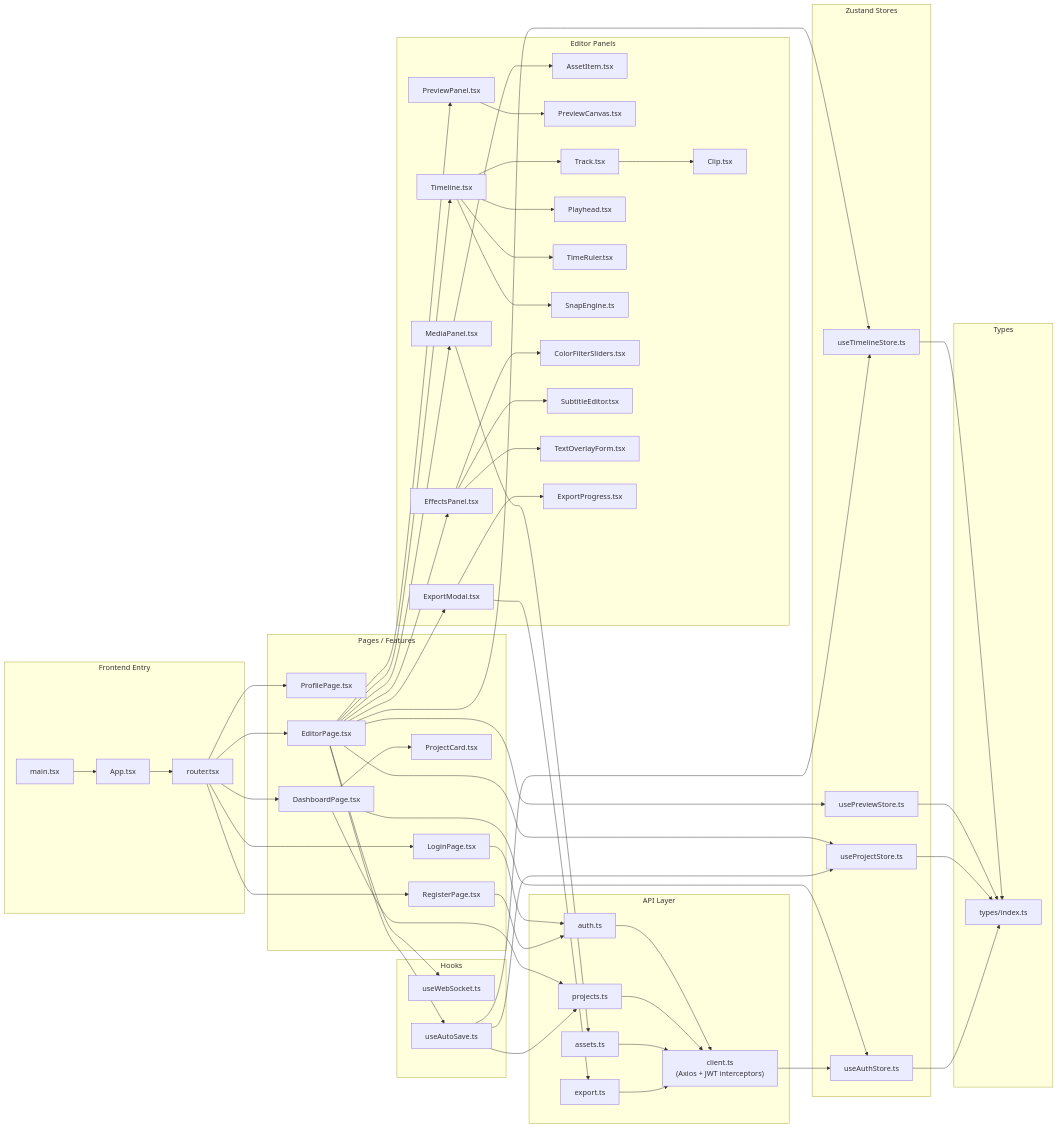
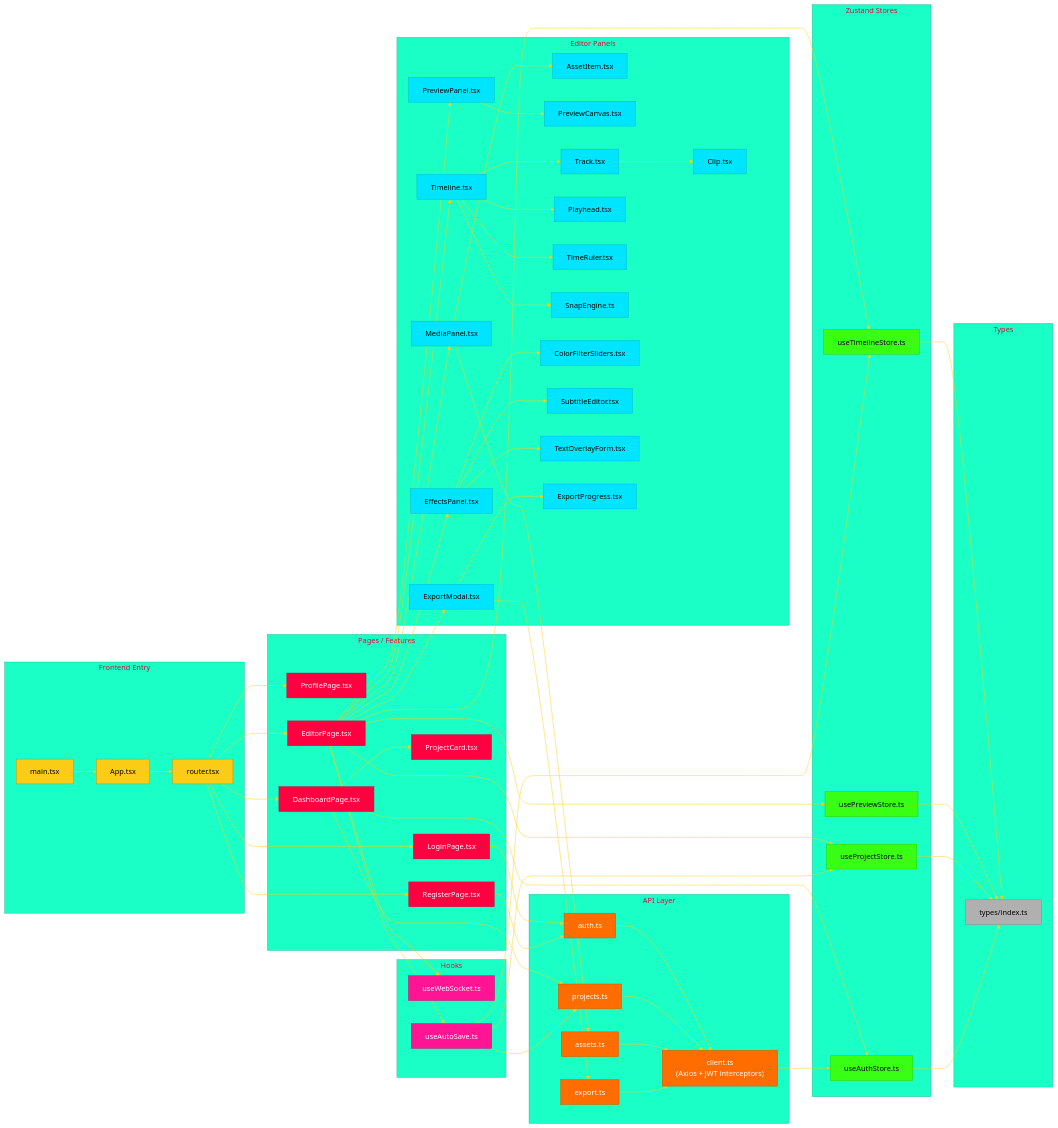
One commit to lucky-panchal/AuraCut changed the second of 7 diagrams in README.md. Above: the diagram before and after it, drawn with Mermaid. The commit also changed other lines of this file, not shown here.

Commit message:
docs: upgrade Mermaid diagrams to bold technical color palette

````diff
--- a/README.md
+++ b/README.md
@@ -64,4 +75,5 @@
 ```mermaid
+%%{init: {"theme": "base", "themeVariables": {"primaryColor": "#ff0040", "primaryTextColor": "#000000", "primaryBorderColor": "#ff0040", "lineColor": "#facc15"}}}%%
 graph LR
     subgraph FE_Entry["Frontend Entry"]
         MAIN["main.tsx"]
@@ -153,4 +165,20 @@
     PREV_STORE --> TYPES
     PROJ_STORE --> TYPES
     AUTH_STORE --> TYPES
+
+    classDef entry fill:#facc15,stroke:#ca8a04,color:#000
+    classDef page fill:#ff0040,stroke:#cc0033,color:#fff
+    classDef panel fill:#00e5ff,stroke:#00b8cc,color:#000
+    classDef api fill:#ff6d00,stroke:#cc5700,color:#fff
+    classDef store fill:#39ff14,stroke:#2bcc0f,color:#000
+    classDef hook fill:#ff1493,stroke:#cc0f76,color:#fff
+    classDef types fill:#b0b0b0,stroke:#888,color:#000
+
+    class MAIN,APP,ROUTER entry
+    class LOGIN,REGISTER,PROFILE,DASHBOARD,PROJCARD,EDITOR page
+    class MEDIA_P,ASSET_ITEM,PREVIEW_P,PREVIEW_C,TIMELINE,TRACK,CLIP,PLAYHEAD,TIMERULER,SNAP,EFFECTS,COLOR,SUBTITLE,TEXTFORM,EXPORTMODAL,EXPORTPROG panel
+    class CLIENT,API_AUTH,API_PROJ,API_ASSETS,API_EXPORT api
+    class AUTH_STORE,PROJ_STORE,TL_STORE,PREV_STORE store
+    class WS_HOOK,AUTOSAVE hook
+    class TYPES types
 ```
````
